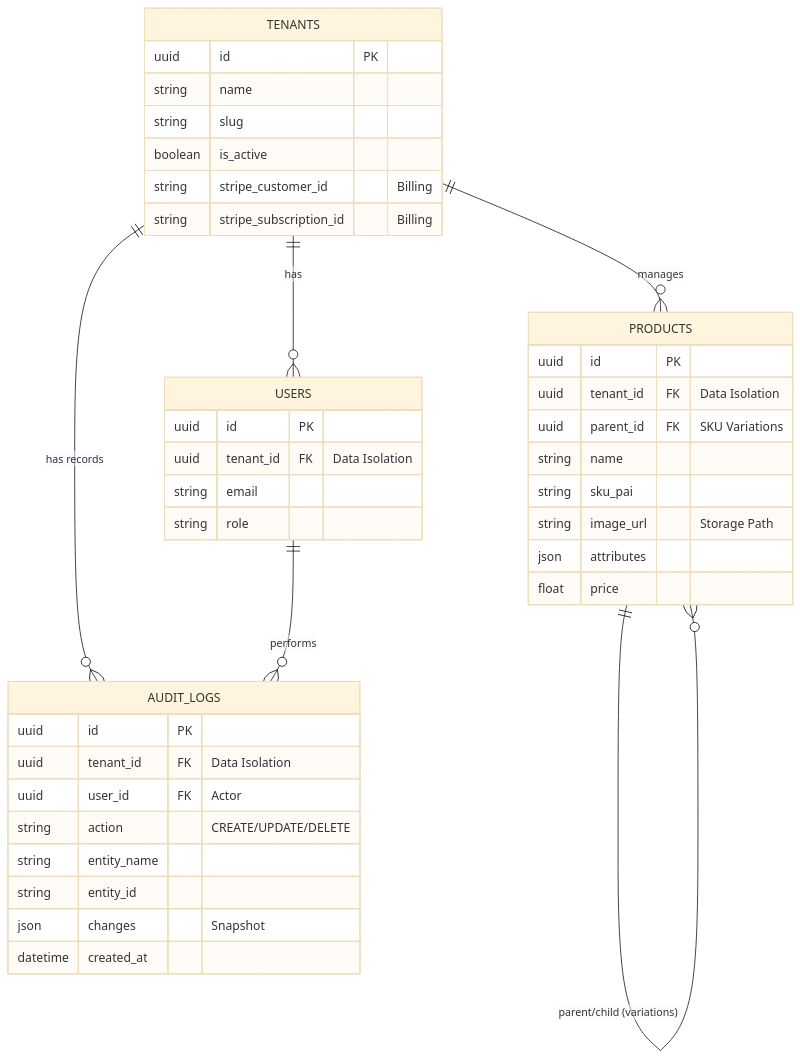
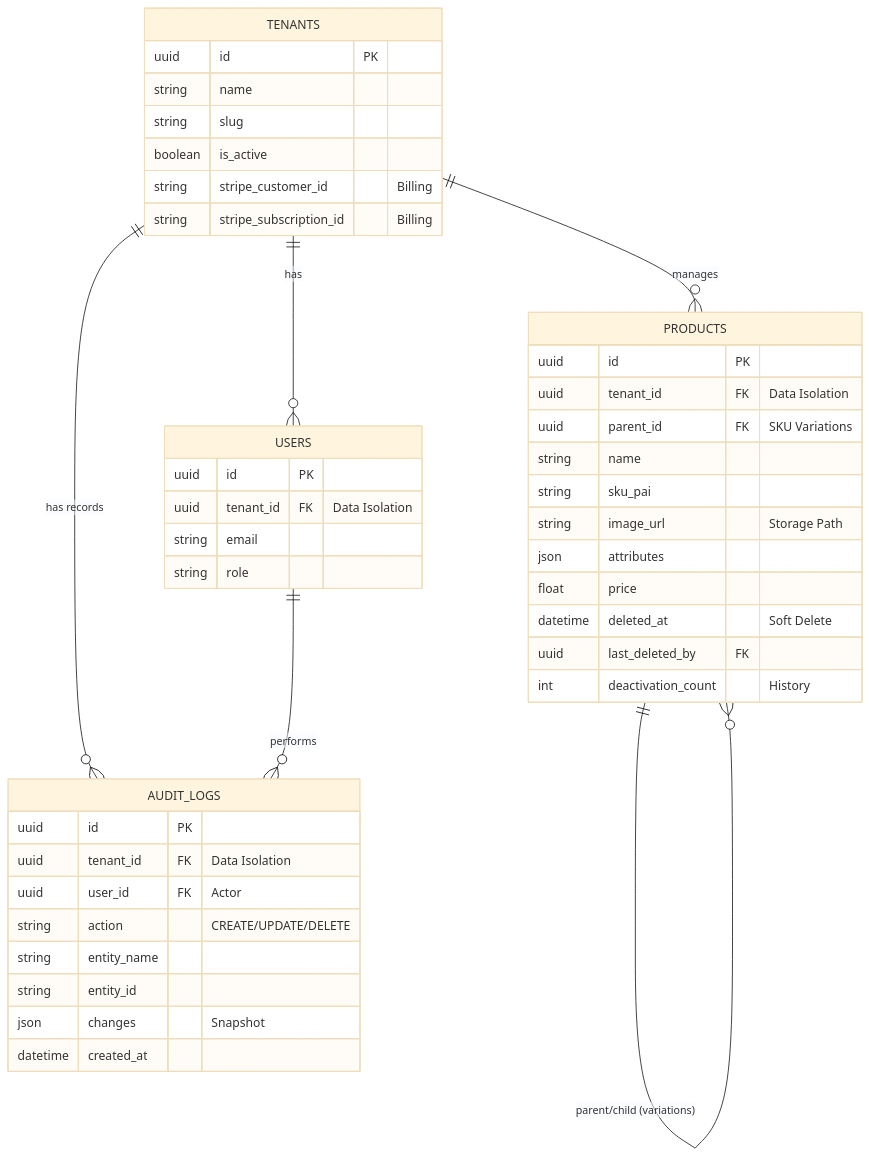
Before and after one commit to ccerks/nexcore-saas-api: the diagram in README.md, drawn with Mermaid (base theme). The commit also changed other lines of this file and 12 other files, not shown here.

Commit message:
feat: implement BFF dashboard summary endpoint and fix soft delete edge cases

````diff
--- a/README.md
+++ b/README.md
@@ -28,46 +28,49 @@
 ```mermaid
 erDiagram
     TENANTS ||--o{ USERS : "has"
     TENANTS ||--o{ PRODUCTS : "manages"
     TENANTS ||--o{ AUDIT_LOGS : "has records"
     USERS ||--o{ AUDIT_LOGS : "performs"
     PRODUCTS ||--o{ PRODUCTS : "parent/child (variations)"
 
     TENANTS {
         uuid id PK
         string name
         string slug
         boolean is_active
         string stripe_customer_id "Billing"
         string stripe_subscription_id "Billing"
     }
 
     USERS {
         uuid id PK
         uuid tenant_id FK "Data Isolation"
         string email
         string role
     }
 
     PRODUCTS {
         uuid id PK
         uuid tenant_id FK "Data Isolation"
         uuid parent_id FK "SKU Variations"
         string name
         string sku_pai
         string image_url "Storage Path"
         json attributes
         float price
+        datetime deleted_at "Soft Delete"
+        uuid last_deleted_by FK
+        int deactivation_count "History"
     }
 
     AUDIT_LOGS {
         uuid id PK
         uuid tenant_id FK "Data Isolation"
         uuid user_id FK "Actor"
         string action "CREATE/UPDATE/DELETE"
         string entity_name
         string entity_id
         json changes "Snapshot"
         datetime created_at
     }
 ```
````
